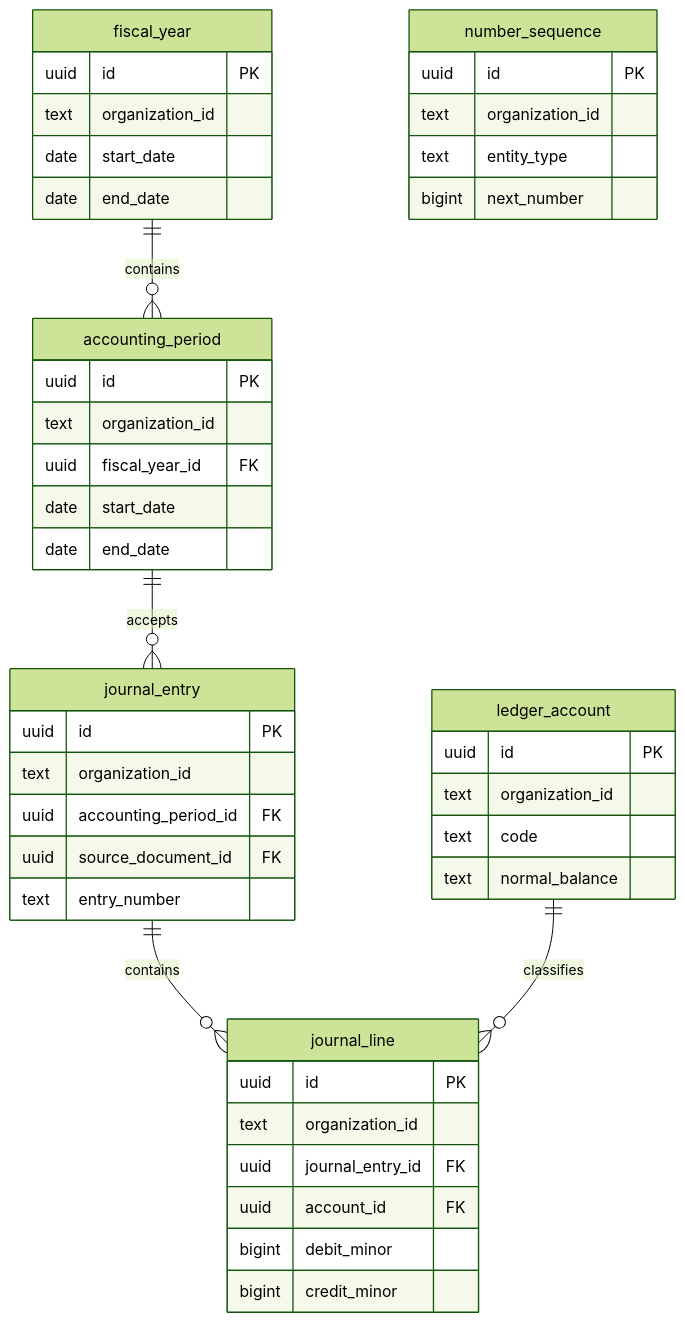
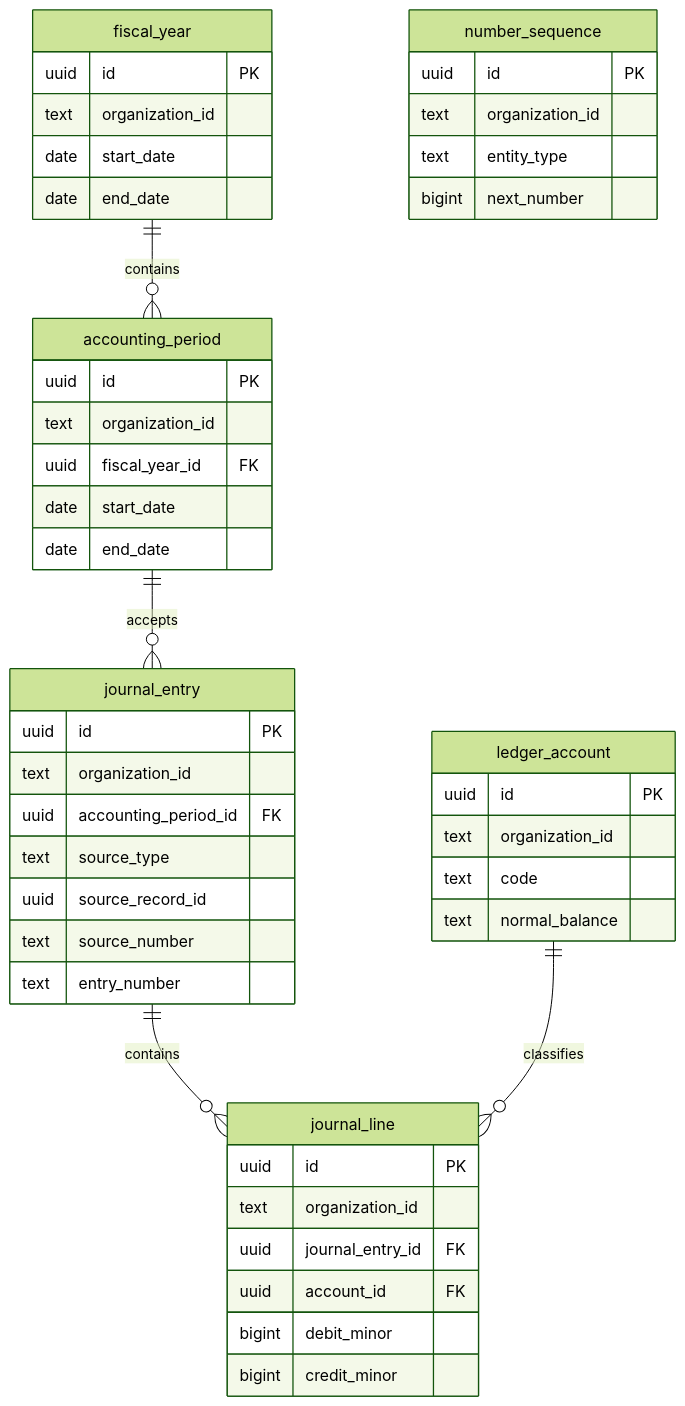
Before and after one commit to isherbuilds/edernal-books: the fourth of 5 diagrams in packages/db/ARCHITECTURE.md, drawn with Mermaid (forest theme). The commit also changed other lines of this file and 100 other files, not shown here.

````diff
--- a/packages/db/ARCHITECTURE.md
+++ b/packages/db/ARCHITECTURE.md
@@ -247,47 +249,49 @@
 ```mermaid
 erDiagram
   fiscal_year {
     uuid id PK
     text organization_id
     date start_date
     date end_date
   }
   accounting_period {
     uuid id PK
     text organization_id
     uuid fiscal_year_id FK
     date start_date
     date end_date
   }
   ledger_account {
     uuid id PK
     text organization_id
     text code
     text normal_balance
   }
   number_sequence {
     uuid id PK
     text organization_id
     text entity_type
     bigint next_number
   }
   journal_entry {
     uuid id PK
     text organization_id
     uuid accounting_period_id FK
-    uuid source_document_id FK
+    text source_type
+    uuid source_record_id
+    text source_number
     text entry_number
   }
   journal_line {
     uuid id PK
     text organization_id
     uuid journal_entry_id FK
     uuid account_id FK
     bigint debit_minor
     bigint credit_minor
   }
   fiscal_year ||--o{ accounting_period : contains
   accounting_period ||--o{ journal_entry : accepts
   journal_entry ||--o{ journal_line : contains
   ledger_account ||--o{ journal_line : classifies
 ```
````
